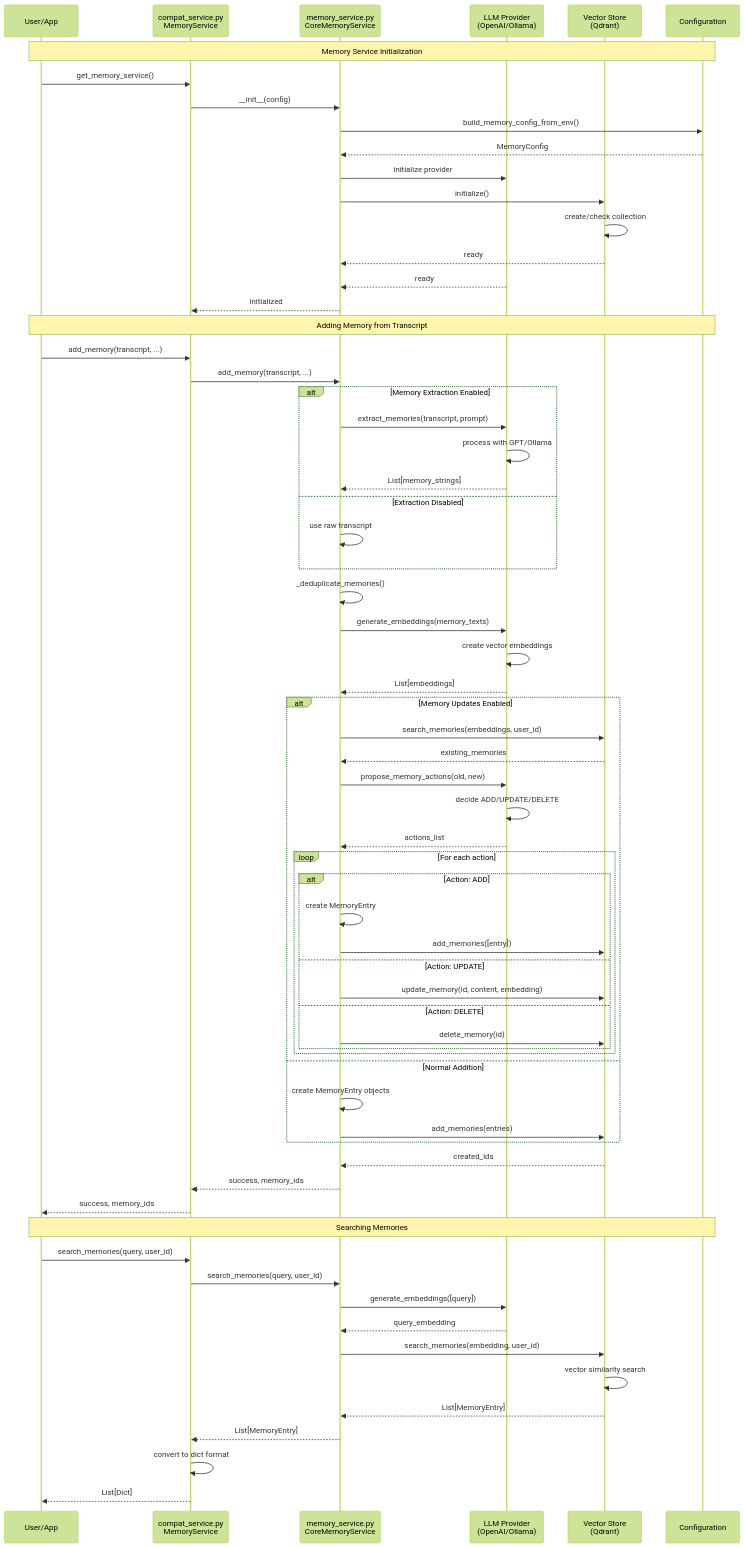
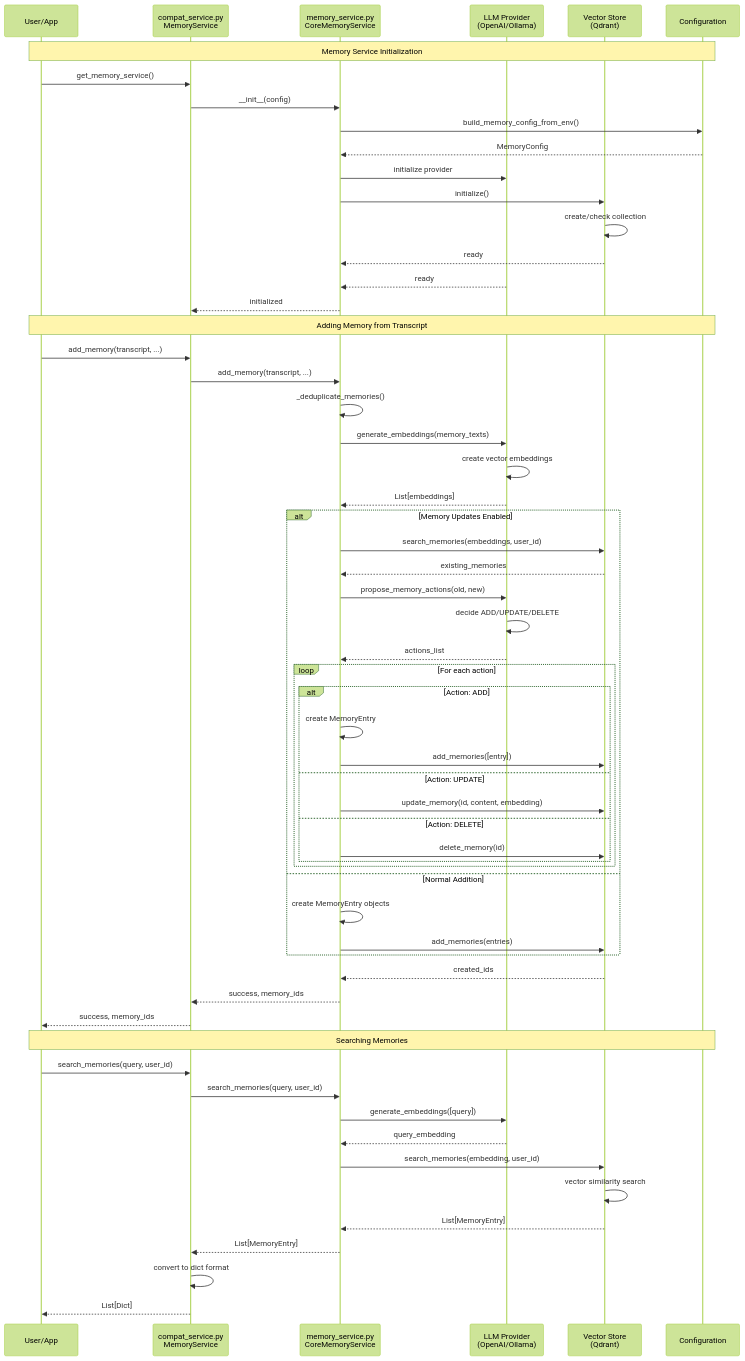
Before and after one commit to AnkushMalaker/friend-lite: the third of 3 diagrams in backends/advanced/src/advanced_omi_backend/memory/README.md, drawn with Mermaid (forest theme). The commit also changed other lines of this file and 1 other file, not shown here.

````diff
--- a/backends/advanced/src/advanced_omi_backend/memory/README.md
+++ b/backends/advanced/src/advanced_omi_backend/memory/README.md
@@ -258,76 +258,68 @@
 ```mermaid
 sequenceDiagram
     participant User as User/App
     participant Compat as compat_service.py<br/>MemoryService
     participant Core as memory_service.py<br/>CoreMemoryService
     participant LLM as LLM Provider<br/>(OpenAI/Ollama)
     participant Vector as Vector Store<br/>(Qdrant)
     participant Config as Configuration
     
     Note over User, Config: Memory Service Initialization
     User->>Compat: get_memory_service()
     Compat->>Core: __init__(config)
     Core->>Config: build_memory_config_from_env()
     Config-->>Core: MemoryConfig
     Core->>LLM: initialize provider
     Core->>Vector: initialize()
     Vector->>Vector: create/check collection
     Vector-->>Core: ready
     LLM-->>Core: ready
     Core-->>Compat: initialized
     
     Note over User, Config: Adding Memory from Transcript
     User->>Compat: add_memory(transcript, ...)
     Compat->>Core: add_memory(transcript, ...)
-    
-    alt Memory Extraction Enabled
-        Core->>LLM: extract_memories(transcript, prompt)
-        LLM->>LLM: process with GPT/Ollama
-        LLM-->>Core: List[memory_strings]
-    else Extraction Disabled
-        Core->>Core: use raw transcript
-    end
     
     Core->>Core: _deduplicate_memories()
     Core->>LLM: generate_embeddings(memory_texts)
     LLM->>LLM: create vector embeddings
     LLM-->>Core: List[embeddings]
     
     alt Memory Updates Enabled
         Core->>Vector: search_memories(embeddings, user_id)
         Vector-->>Core: existing_memories
         Core->>LLM: propose_memory_actions(old, new)
         LLM->>LLM: decide ADD/UPDATE/DELETE
         LLM-->>Core: actions_list
         
         loop For each action
             alt Action: ADD
                 Core->>Core: create MemoryEntry
                 Core->>Vector: add_memories([entry])
             else Action: UPDATE
                 Core->>Vector: update_memory(id, content, embedding)
             else Action: DELETE
                 Core->>Vector: delete_memory(id)
             end
         end
     else Normal Addition
         Core->>Core: create MemoryEntry objects
         Core->>Vector: add_memories(entries)
     end
     
     Vector-->>Core: created_ids
     Core-->>Compat: success, memory_ids
     Compat-->>User: success, memory_ids
     
     Note over User, Config: Searching Memories
     User->>Compat: search_memories(query, user_id)
     Compat->>Core: search_memories(query, user_id)
     Core->>LLM: generate_embeddings([query])
     LLM-->>Core: query_embedding
     Core->>Vector: search_memories(embedding, user_id)
     Vector->>Vector: vector similarity search
     Vector-->>Core: List[MemoryEntry]
     Core-->>Compat: List[MemoryEntry]
     Compat->>Compat: convert to dict format
     Compat-->>User: List[Dict]
 ```
````
